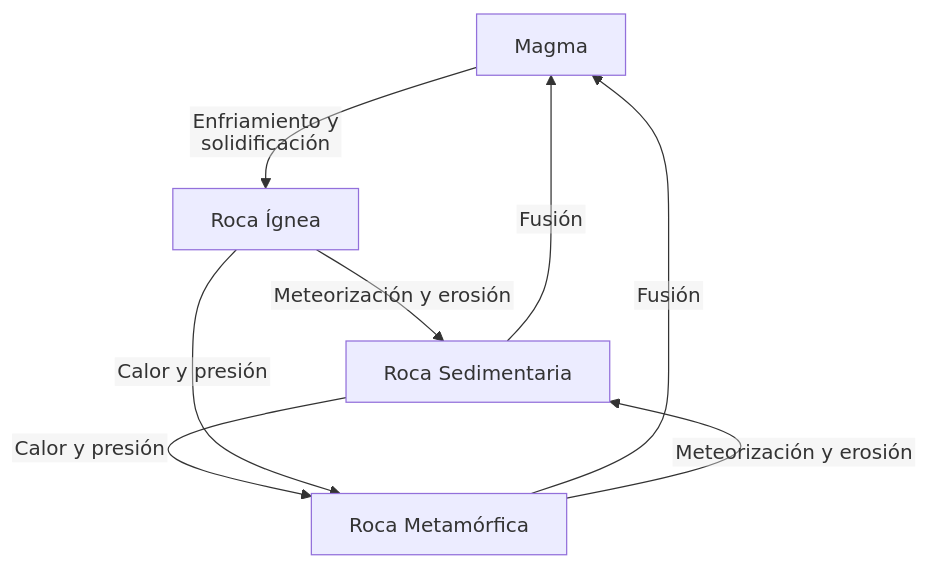
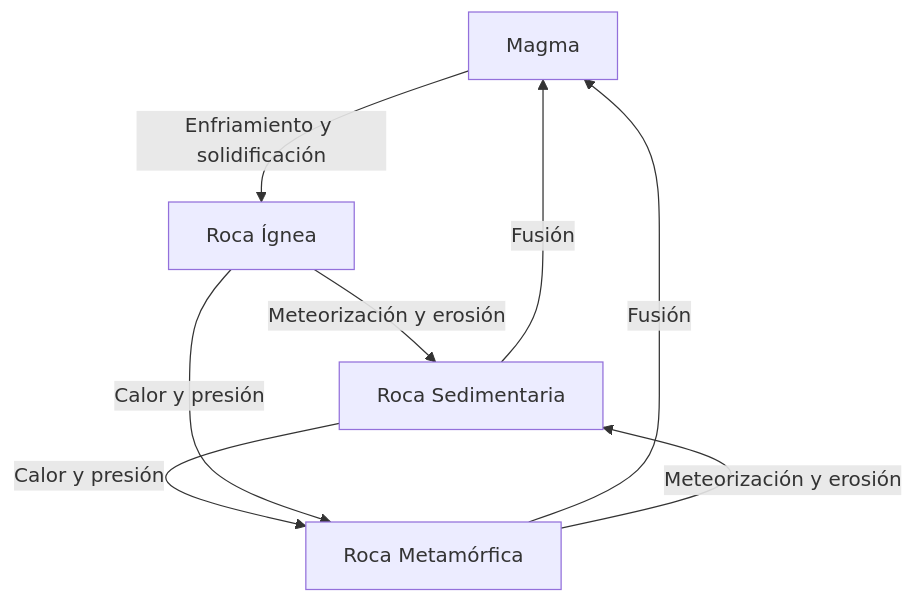
The diagram in diagram_sources/es/02_grados_grado_geologia_ciclo_rocas_mermaid_01.mermaid (elloza/teachbook_sciences_template), drawn with Mermaid before and after one commit. The commit also changed 72 other files, not shown here.

Commit message:
fix: restore Mermaid diagram rendering

```diff
--- a/diagram_sources/es/02_grados_grado_geologia_ciclo_rocas_mermaid_01.mermaid
+++ b/diagram_sources/es/02_grados_grado_geologia_ciclo_rocas_mermaid_01.mermaid
@@ -1,14 +1,13 @@
-%%{init: {"htmlLabels": false, "flowchart": {"htmlLabels": false}}}%%
 flowchart TD
     Magma["Magma"]
     Ignea["Roca Ígnea"]
     Sedimentaria["Roca Sedimentaria"]
     Metamorfica["Roca Metamórfica"]
 
     Magma -->|"Enfriamiento y solidificación"| Ignea
     Ignea -->|"Meteorización y erosión"| Sedimentaria
     Sedimentaria -->|"Calor y presión"| Metamorfica
     Metamorfica -->|"Fusión"| Magma
     Ignea -->|"Calor y presión"| Metamorfica
     Metamorfica -->|"Meteorización y erosión"| Sedimentaria
     Sedimentaria -->|"Fusión"| Magma
```
